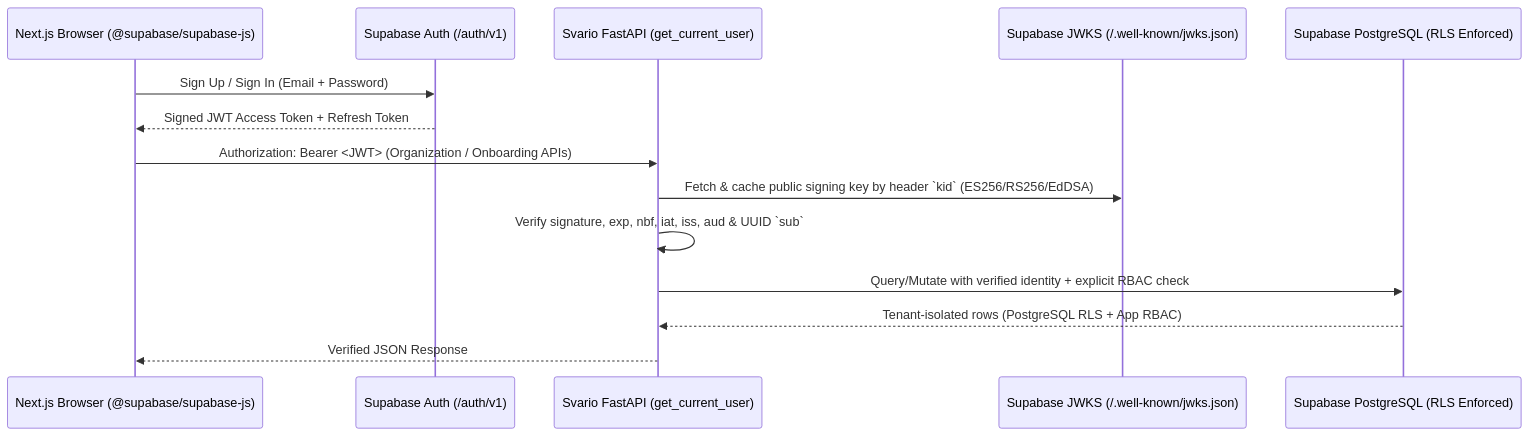
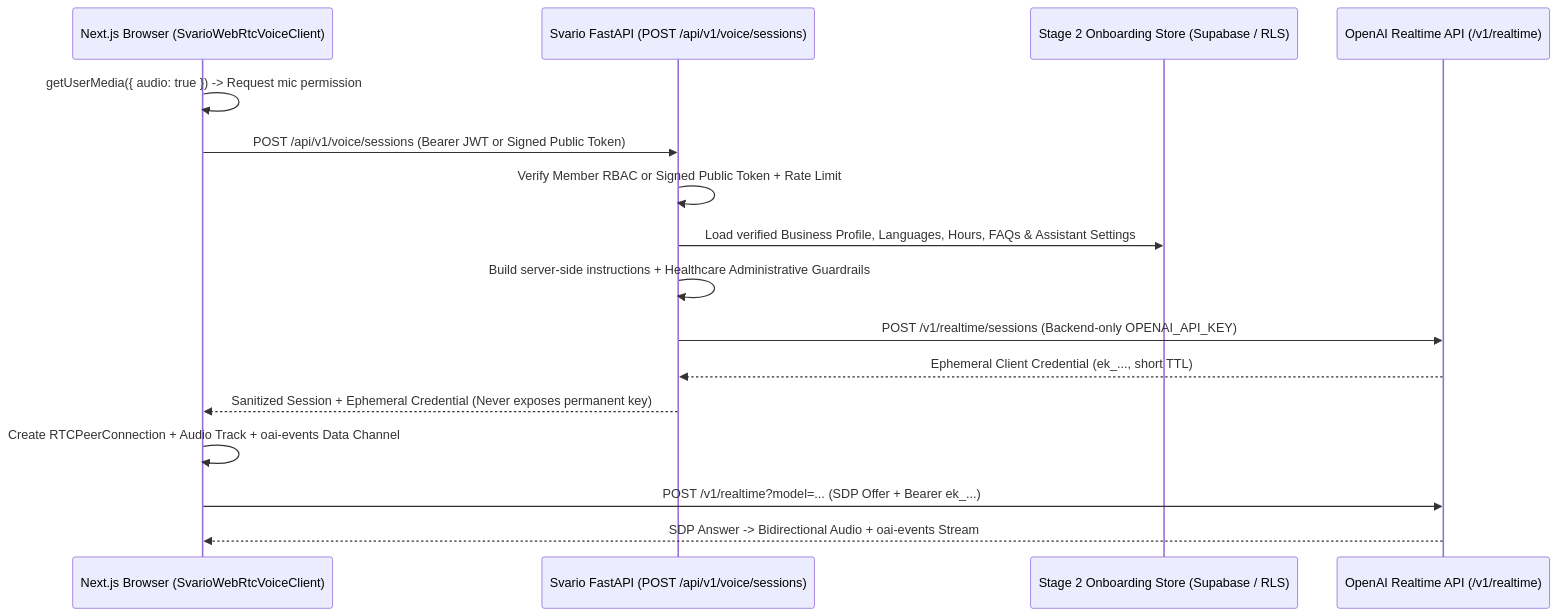
One commit to shreyanshcodes-hacker/SVARIO changed the diagram in docs/architecture.md. Above: the diagram before and after it, drawn with Mermaid. The commit also changed other lines of this file and 26 other files, not shown here.

Commit message:
stage -3 Shared Browser Voice Infrastructure

````diff
--- a/docs/architecture.md
+++ b/docs/architecture.md
@@ -89,17 +89,19 @@
 ```mermaid
 sequenceDiagram
-    participant Browser as Next.js Browser (@supabase/supabase-js)
-    participant SupaAuth as Supabase Auth (/auth/v1)
-    participant FastAPI as Svario FastAPI (get_current_user)
-    participant JWKS as Supabase JWKS (/.well-known/jwks.json)
-    participant SupaDB as Supabase PostgreSQL (RLS Enforced)
+    participant Browser as Next.js Browser (SvarioWebRtcVoiceClient)
+    participant FastAPI as Svario FastAPI (POST /api/v1/voice/sessions)
+    participant Onboarding as Stage 2 Onboarding Store (Supabase / RLS)
+    participant OpenAI as OpenAI Realtime API (/v1/realtime)
 
-    Browser->>SupaAuth: Sign Up / Sign In (Email + Password)
-    SupaAuth-->>Browser: Signed JWT Access Token + Refresh Token
-    Browser->>FastAPI: Authorization: Bearer <JWT> (Organization / Onboarding APIs)
-    FastAPI->>JWKS: Fetch & cache public signing key by header `kid` (ES256/RS256/EdDSA)
-    FastAPI->>FastAPI: Verify signature, exp, nbf, iat, iss, aud & UUID `sub`
-    FastAPI->>SupaDB: Query/Mutate with verified identity + explicit RBAC check
-    SupaDB-->>FastAPI: Tenant-isolated rows (PostgreSQL RLS + App RBAC)
-    FastAPI-->>Browser: Verified JSON Response
+    Browser->>Browser: getUserMedia({ audio: true }) -> Request mic permission
+    Browser->>FastAPI: POST /api/v1/voice/sessions (Bearer JWT or Signed Public Token)
+    FastAPI->>FastAPI: Verify Member RBAC or Signed Public Token + Rate Limit
+    FastAPI->>Onboarding: Load verified Business Profile, Languages, Hours, FAQs & Assistant Settings
+    FastAPI->>FastAPI: Build server-side instructions + Healthcare Administrative Guardrails
+    FastAPI->>OpenAI: POST /v1/realtime/sessions (Backend-only OPENAI_API_KEY)
+    OpenAI-->>FastAPI: Ephemeral Client Credential (ek_..., short TTL)
+    FastAPI-->>Browser: Sanitized Session + Ephemeral Credential (Never exposes permanent key)
+    Browser->>Browser: Create RTCPeerConnection + Audio Track + oai-events Data Channel
+    Browser->>OpenAI: POST /v1/realtime?model=... (SDP Offer + Bearer ek_...)
+    OpenAI-->>Browser: SDP Answer -> Bidirectional Audio + oai-events Stream
 ```
````
